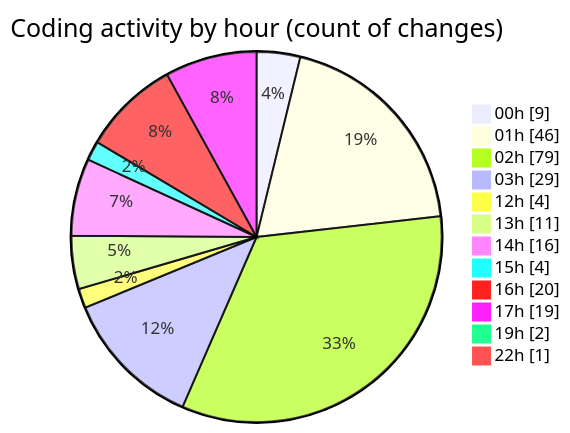
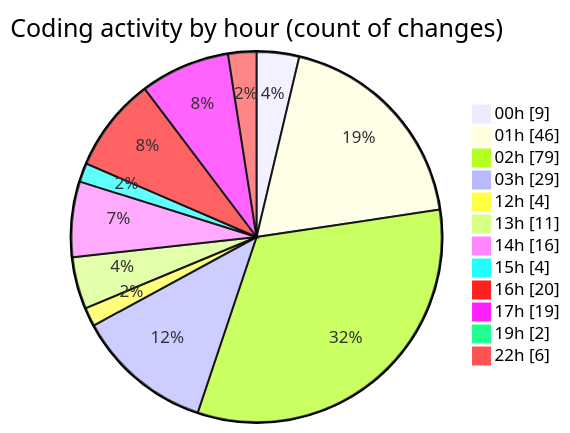
The second of 2 diagrams in 2025-11-18/eventscop-frontend-guide__workspace_/README.md (julien-gomy/code-tracking), drawn with Mermaid before and after one commit. The commit also changed other lines of this file and 1 other file, not shown here.

````diff
--- a/2025-11-18/eventscop-frontend-guide__workspace_/README.md
+++ b/2025-11-18/eventscop-frontend-guide__workspace_/README.md
@@ -85,16 +89,16 @@
 ```mermaid
 pie showData
 title Coding activity by hour (count of changes)
 "00h" : 9
 "01h" : 46
 "02h" : 79
 "03h" : 29
 "12h" : 4
 "13h" : 11
 "14h" : 16
 "15h" : 4
 "16h" : 20
 "17h" : 19
 "19h" : 2
-"22h" : 1
+"22h" : 6
 ```
````
